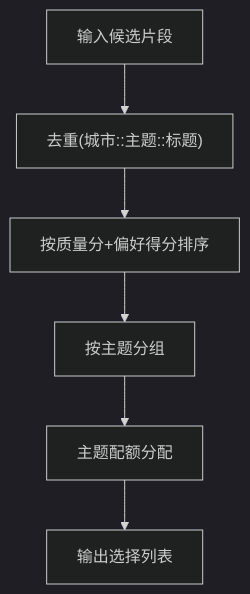
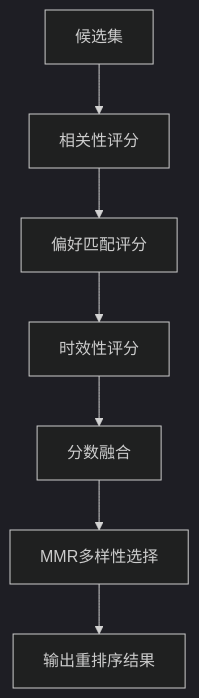
The seventh of 9 diagrams in .qoder/repowiki/zh/content/知识管理系统/RAG实现细节.md (Sinlair/TravelAgent), drawn with Mermaid (dark theme) before and after one commit. The commit also changed other lines of this file and 53 other files, not shown here.

````diff
--- a/.qoder/repowiki/zh/content/知识管理系统/RAG实现细节.md
+++ b/.qoder/repowiki/zh/content/知识管理系统/RAG实现细节.md
@@ -271,8 +372,9 @@
 ```mermaid
 flowchart TD
-S["输入候选片段"] --> D["去重(城市::主题::标题)"]
-D --> P["按质量分+偏好得分排序"]
-P --> T["按主题分组"]
-T --> A["主题配额分配"]
-A --> O["输出选择列表"]
+S["候选集"] --> REL["相关性评分"]
+REL --> PREF["偏好匹配评分"]
+PREF --> TIME["时效性评分"]
+TIME --> FUS["分数融合"]
+FUS --> MMR["MMR多样性选择"]
+MMR --> O["输出重排序结果"]
 ```
````
